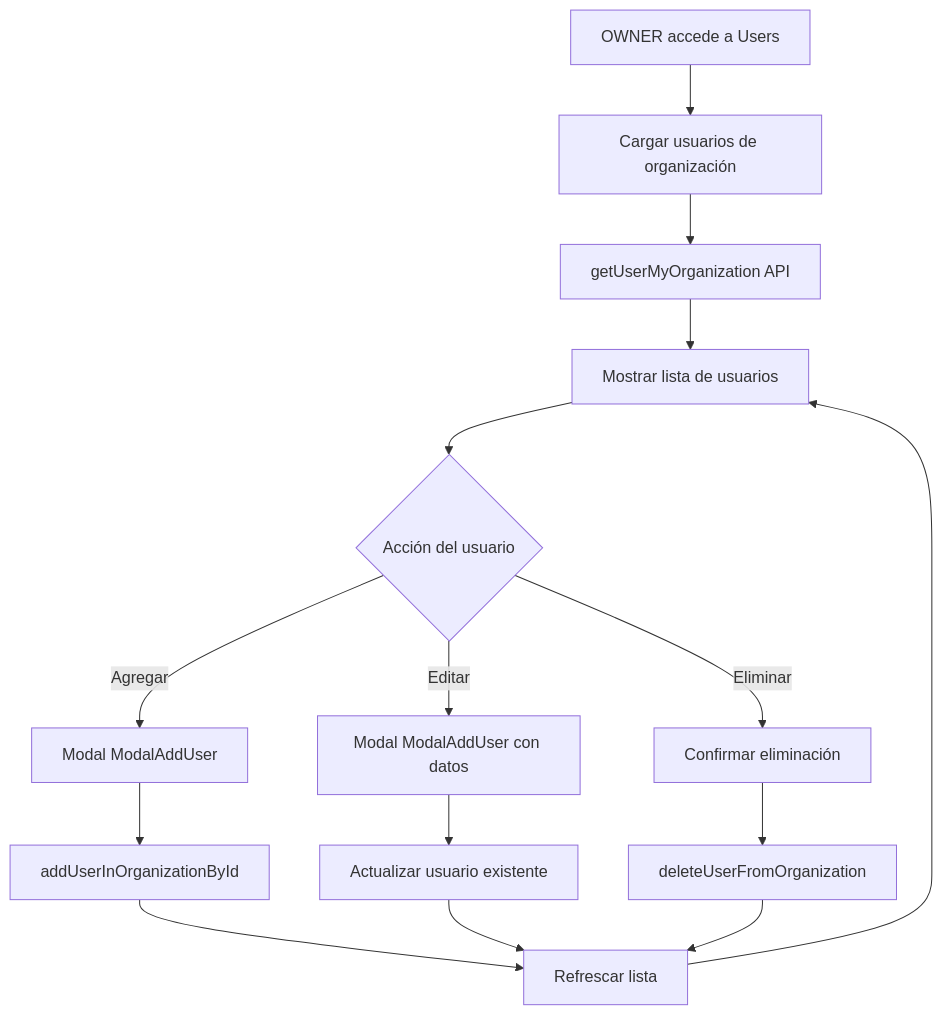
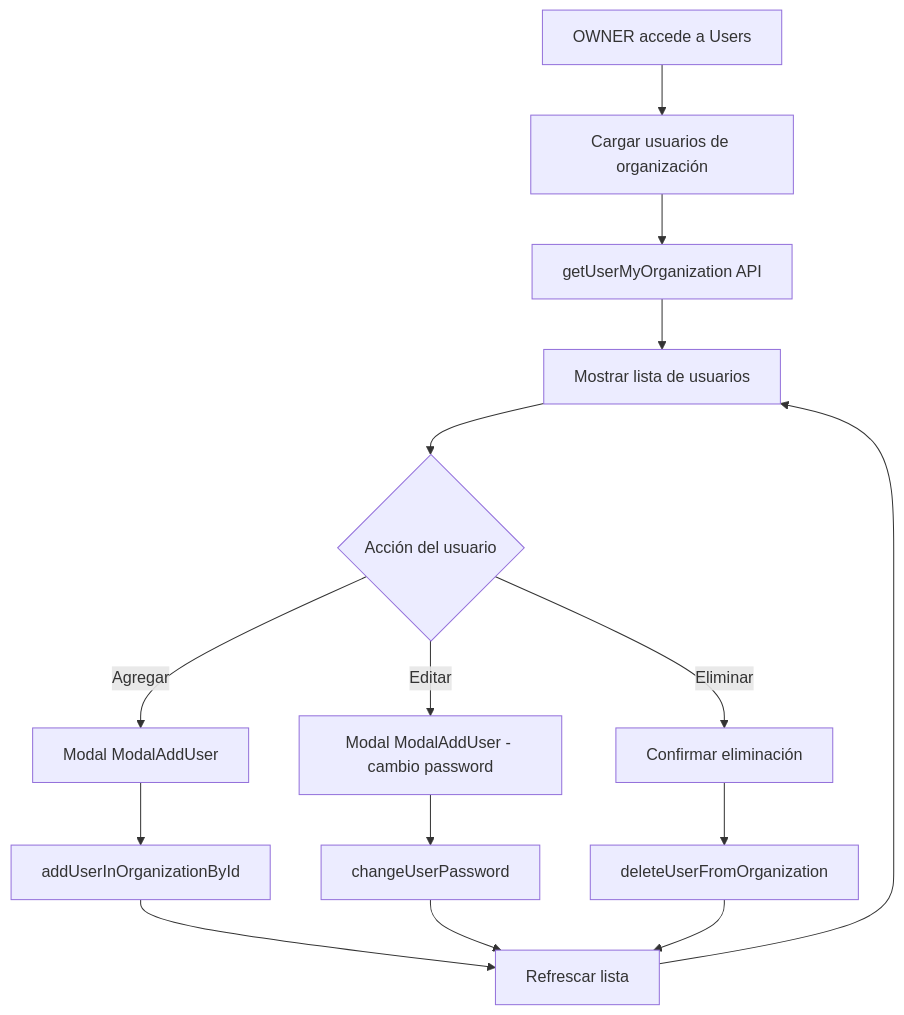
Before and after one commit to ConverxaDevTeam/chat-frontend: the diagram in docu/users_organization_use_case.md, drawn with Mermaid. The commit also changed other lines of this file and 1 other file, not shown here.

First line of the commit message:
Convert ModalAddUser to handle password changes

````diff
--- a/docu/users_organization_use_case.md
+++ b/docu/users_organization_use_case.md
@@ -9,20 +9,20 @@
 ```mermaid
 flowchart TD
     A[OWNER accede a Users] --> B[Cargar usuarios de organización]
     B --> C[getUserMyOrganization API]
     C --> D[Mostrar lista de usuarios]
     
     D --> E{Acción del usuario}
     E -->|Agregar| F[Modal ModalAddUser]
-    E -->|Editar| G[Modal ModalAddUser con datos]
+    E -->|Editar| G[Modal ModalAddUser - cambio password]
     E -->|Eliminar| H[Confirmar eliminación]
     
     F --> I[addUserInOrganizationById]
-    G --> J[Actualizar usuario existente]
+    G --> J[changeUserPassword]
     H --> K[deleteUserFromOrganization]
     
     I --> L[Refrescar lista]
     J --> L
     K --> L
     L --> D
 ```
````
